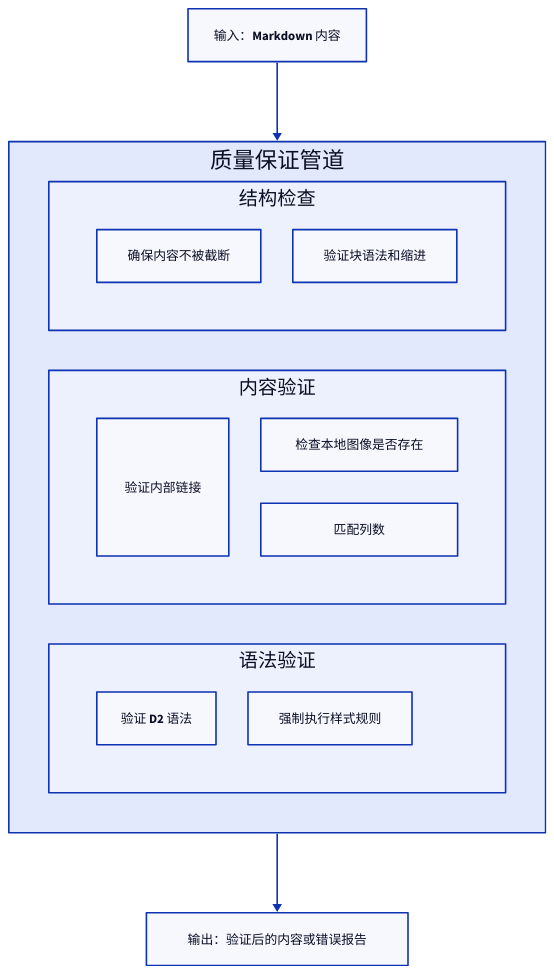
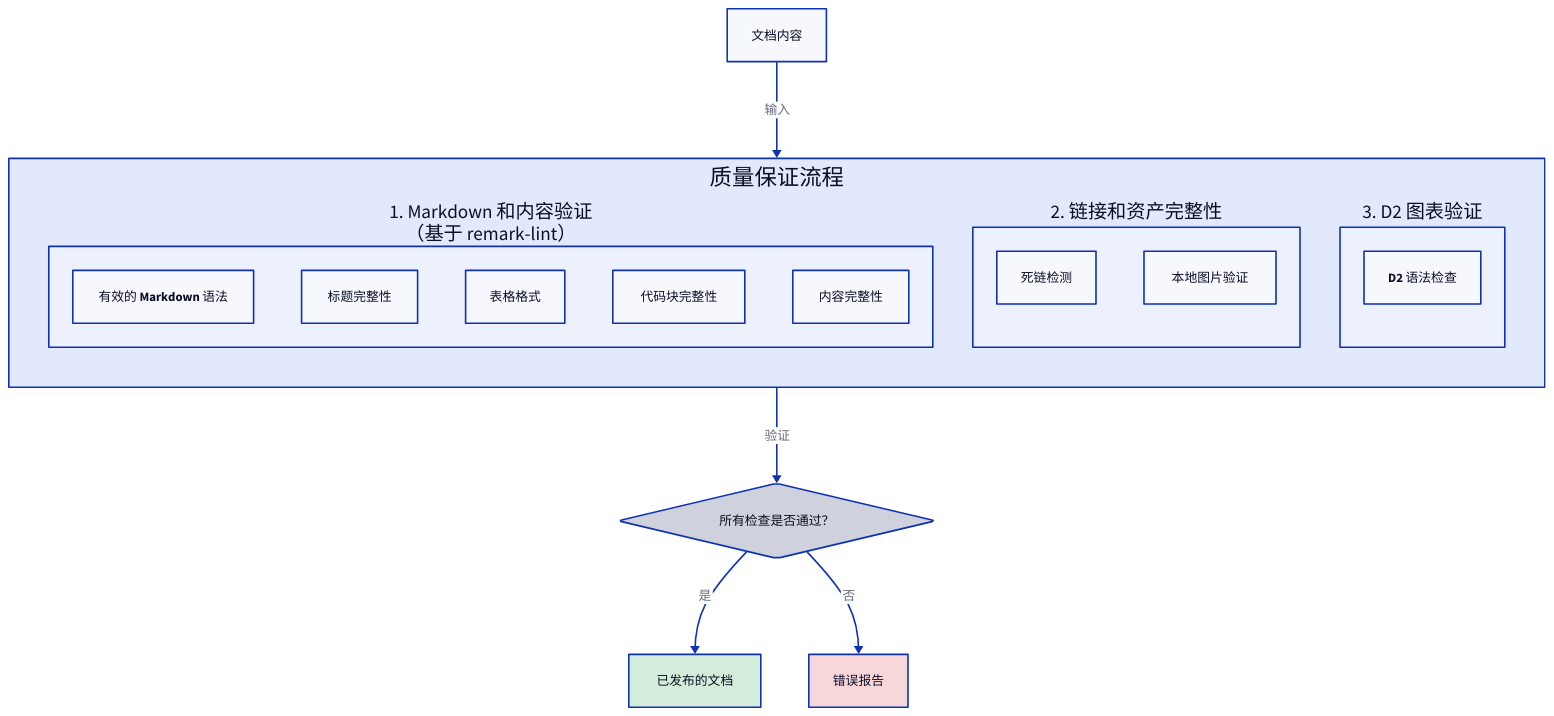
The diagram in docs/advanced-quality-assurance.zh.md (AIGNE-io/aigne-doc-smith), drawn with D2 before and after one commit. The commit also changed other lines of this file and 69 other files, not shown here.

````diff
--- a/docs/advanced-quality-assurance.zh.md
+++ b/docs/advanced-quality-assurance.zh.md
@@ -7,48 +5,63 @@
-```d2
+```d2 质量保证流程 icon=lucide:shield-check
 direction: down
 
-Input-Markdown-Content: {
-  label: "输入：Markdown 内容"
+Documentation-Content: {
+  label: "文档内容"
   shape: rectangle
 }
 
-QA-Pipeline: {
-  label: "质量保证管道"
+Quality-Assurance-Pipeline: {
+  label: "质量保证流程"
   shape: rectangle
-  grid-columns: 1
+  grid-columns: 3
   grid-gap: 50
 
-  Structural-Checks: {
-    label: "结构检查"
+  Markdown-Validation: {
+    label: "1. Markdown 和内容验证\n（基于 remark-lint）"
     shape: rectangle
-    grid-columns: 2
-    Completeness: "确保内容不被截断"
-    Code-Blocks: "验证块语法和缩进"
+
+    Check-1: "有效的 Markdown 语法"
+    Check-2: "标题完整性"
+    Check-3: "表格格式"
+    Check-4: "代码块完整性"
+    Check-5: "内容完整性"
   }
 
-  Content-Validation: {
-    label: "内容验证"
+  Link-Asset-Validation: {
+    label: "2. 链接和资产完整性"
     shape: rectangle
-    grid-columns: 2
-    Link-Integrity: "验证内部链接"
-    Image-Paths: "检查本地图像是否存在"
-    Table-Formatting: "匹配列数"
+
+    Check-6: "死链检测"
+    Check-7: "本地图片验证"
   }
 
-  Syntax-Validation: {
-    label: "语法验证"
+  D2-Diagram-Validation: {
+    label: "3. D2 图表验证"
     shape: rectangle
-    grid-columns: 2
-    D2-Diagrams: "验证 D2 语法"
-    Markdown-Linting: "强制执行样式规则"
+
+    Check-8: "D2 语法检查"
   }
 }
 
-Output-Validated-Content-or-Error-Report: {
-  label: "输出：验证后的内容或错误报告"
-  shape: rectangle
+Validation-Result: {
+  label: "所有检查是否通过？"
+  shape: diamond
 }
 
-Input-Markdown-Content -> QA-Pipeline
-QA-Pipeline -> Output-Validated-Content-or-Error-Report
+Published-Documentation: {
+  label: "已发布的文档"
+  shape: rectangle
+  style.fill: "#d4edda"
+}
+
+Error-Report: {
+  label: "错误报告"
+  shape: rectangle
+  style.fill: "#f8d7da"
+}
+
+Documentation-Content -> Quality-Assurance-Pipeline: "输入"
+Quality-Assurance-Pipeline -> Validation-Result: "验证"
+Validation-Result -> Published-Documentation: "是"
+Validation-Result -> Error-Report: "否"
 ```
````
